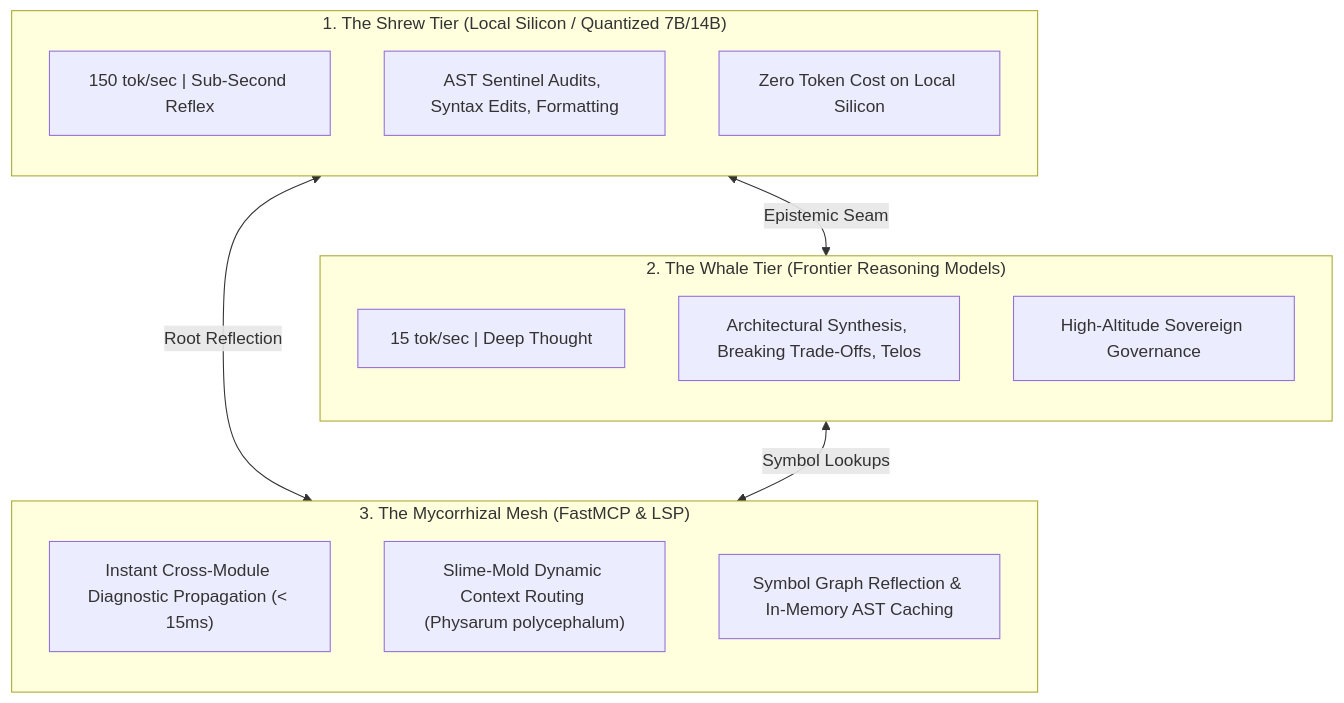
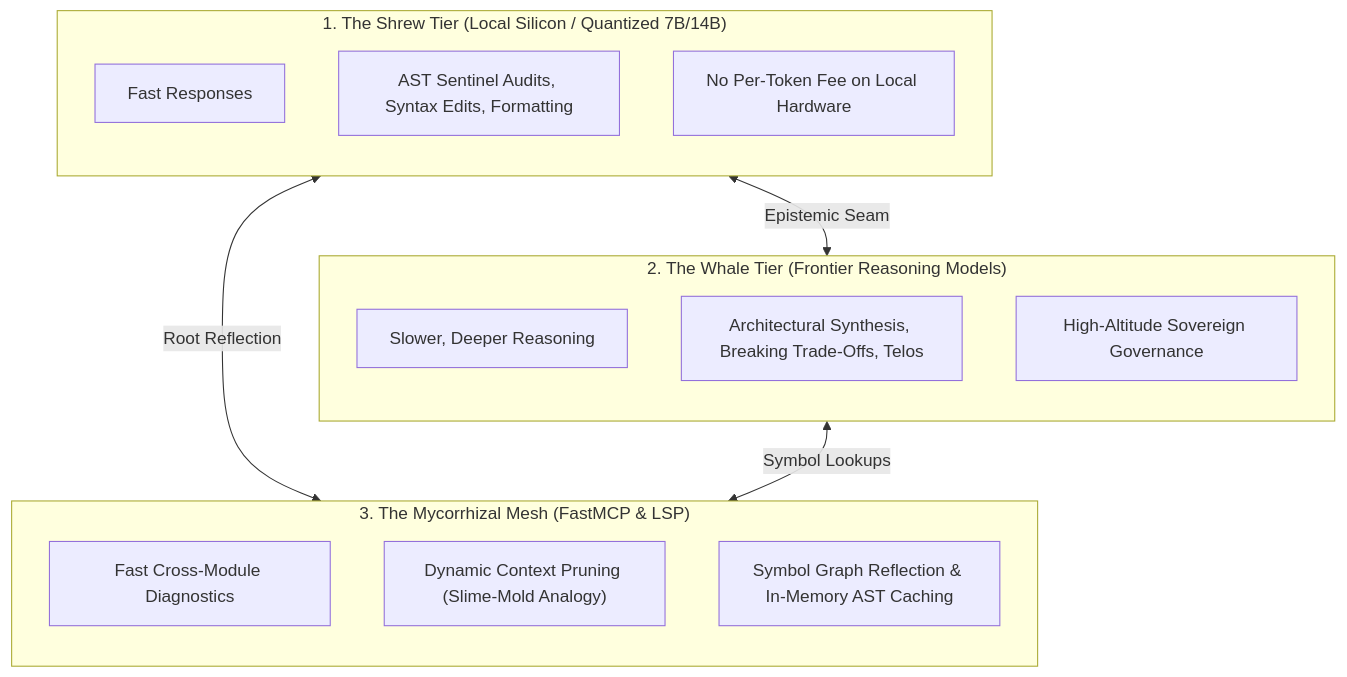
One commit to dan-petty/vibes changed the second of 2 diagrams in observations/systems/49-dissipative-structures-and-allometric-metabolism-in-agentic-swarms.md. Above: the diagram before and after it, drawn with Mermaid. The commit also changed other lines of this file and 248 other files, not shown here.

````diff
--- a/observations/systems/49-dissipative-structures-and-allometric-metabolism-in-agentic-swarms.md
+++ b/observations/systems/49-dissipative-structures-and-allometric-metabolism-in-agentic-swarms.md
@@ -98,31 +98,31 @@
 ```mermaid
 flowchart TD
     classDef mouse fill:#00695c,color:#fff
     classDef whale fill:#311b92,color:#fff
     classDef mesh fill:#4a148c,color:#fff
 
     subgraph ShrewTier ["1. The Shrew Tier (Local Silicon / Quantized 7B/14B)"]
         direction TB
-        S1["150 tok/sec | Sub-Second Reflex"]
+        S1["Fast Responses"]
         S2["AST Sentinel Audits, Syntax Edits, Formatting"]
-        S3["Zero Token Cost on Local Silicon"]
+        S3["No Per-Token Fee on Local Hardware"]
     end
 
     subgraph WhaleTier ["2. The Whale Tier (Frontier Reasoning Models)"]
         direction TB
-        W1["15 tok/sec | Deep Thought"]
+        W1["Slower, Deeper Reasoning"]
         W2["Architectural Synthesis, Breaking Trade-Offs, Telos"]
         W3["High-Altitude Sovereign Governance"]
     end
 
     subgraph MycorrhizalMesh ["3. The Mycorrhizal Mesh (FastMCP & LSP)"]
         direction TB
-        M1["Instant Cross-Module Diagnostic Propagation (< 15ms)"]
-        M2["Slime-Mold Dynamic Context Routing (Physarum polycephalum)"]
+        M1["Fast Cross-Module Diagnostics"]
+        M2["Dynamic Context Pruning (Slime-Mold Analogy)"]
         M3["Symbol Graph Reflection & In-Memory AST Caching"]
     end
 
     ShrewTier <-->|"Epistemic Seam"| WhaleTier
     ShrewTier <-->|"Root Reflection"| MycorrhizalMesh
     WhaleTier <-->|"Symbol Lookups"| MycorrhizalMesh
 ```
````
